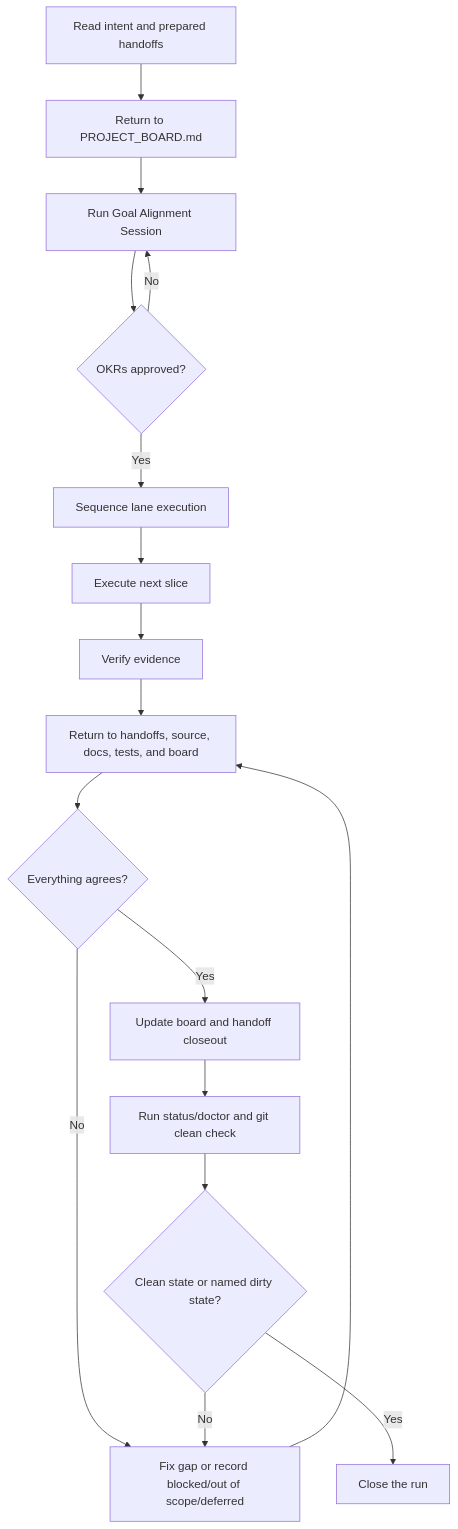
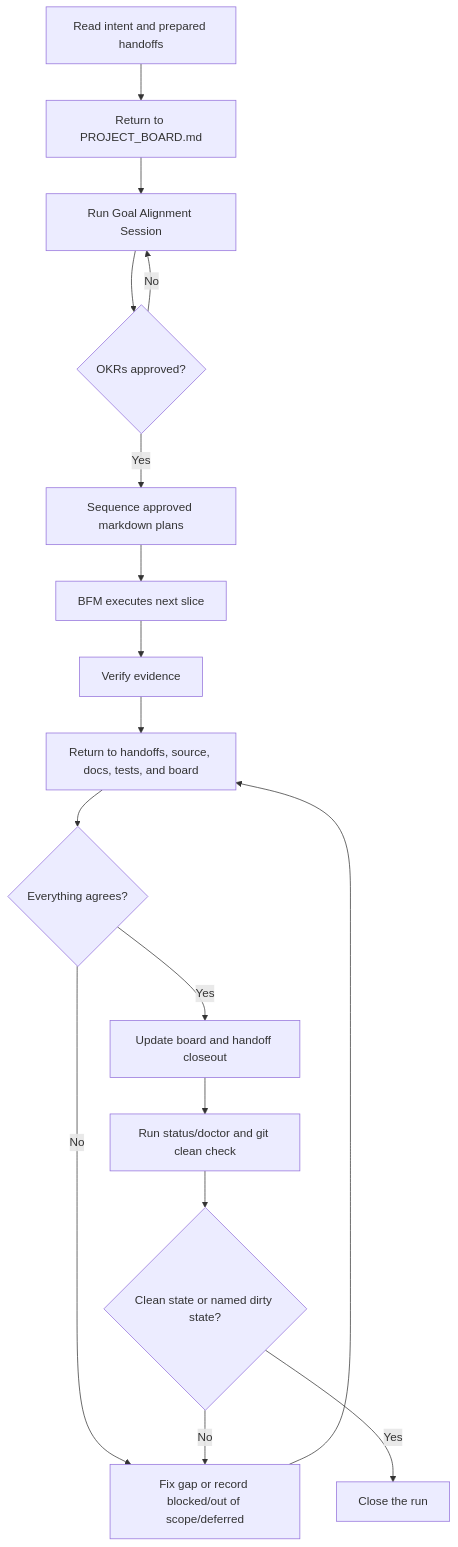
Before and after one commit to friedbeef1/fb-lane-coordination: the diagram in docs/loop-engineering.md, drawn with Mermaid. The commit also changed other lines of this file and 49 other files, not shown here.

````diff
--- a/docs/loop-engineering.md
+++ b/docs/loop-engineering.md
@@ -32,19 +33,19 @@
 ```mermaid
 flowchart TD
     A["Read intent and prepared handoffs"] --> B["Return to PROJECT_BOARD.md"]
     B --> C["Run Goal Alignment Session"]
     C --> D{"OKRs approved?"}
     D -- "No" --> C
-    D -- "Yes" --> E["Sequence lane execution"]
-    E --> F["Execute next slice"]
+    D -- "Yes" --> E["Sequence approved markdown plans"]
+    E --> F["BFM executes next slice"]
     F --> G["Verify evidence"]
     G --> H["Return to handoffs, source, docs, tests, and board"]
     H --> I{"Everything agrees?"}
     I -- "No" --> J["Fix gap or record blocked/out of scope/deferred"]
     J --> H
     I -- "Yes" --> K["Update board and handoff closeout"]
     K --> L["Run status/doctor and git clean check"]
     L --> M{"Clean state or named dirty state?"}
     M -- "No" --> J
     M -- "Yes" --> N["Close the run"]
 ```
````
